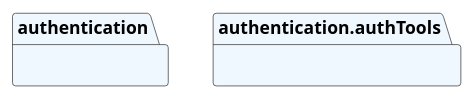
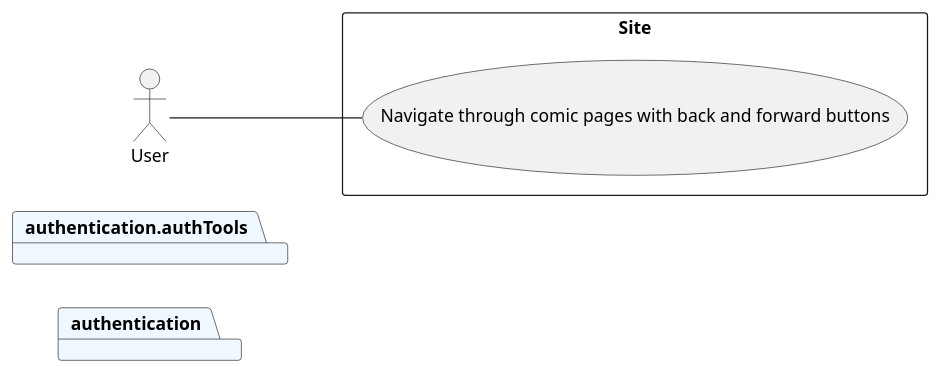
The diagram in Diagrams/Sequences/UC4.puml (Nasnency/Project3155), drawn with PlantUML before and after one commit.

```diff
--- a/Diagrams/Sequences/UC4.puml
+++ b/Diagrams/Sequences/UC4.puml
@@ -1,7 +1,14 @@
 @startuml packages
 set namespaceSeparator none
 package "authentication" as authentication #aliceblue {
 }
 package "authentication.authTools" as authentication.authTools #aliceblue {
 }
+left to right direction
+
+actor User as U
+rectangle Site {
+  U -- (Navigate through comic pages with back and forward buttons)
+}
+
 @enduml
```
